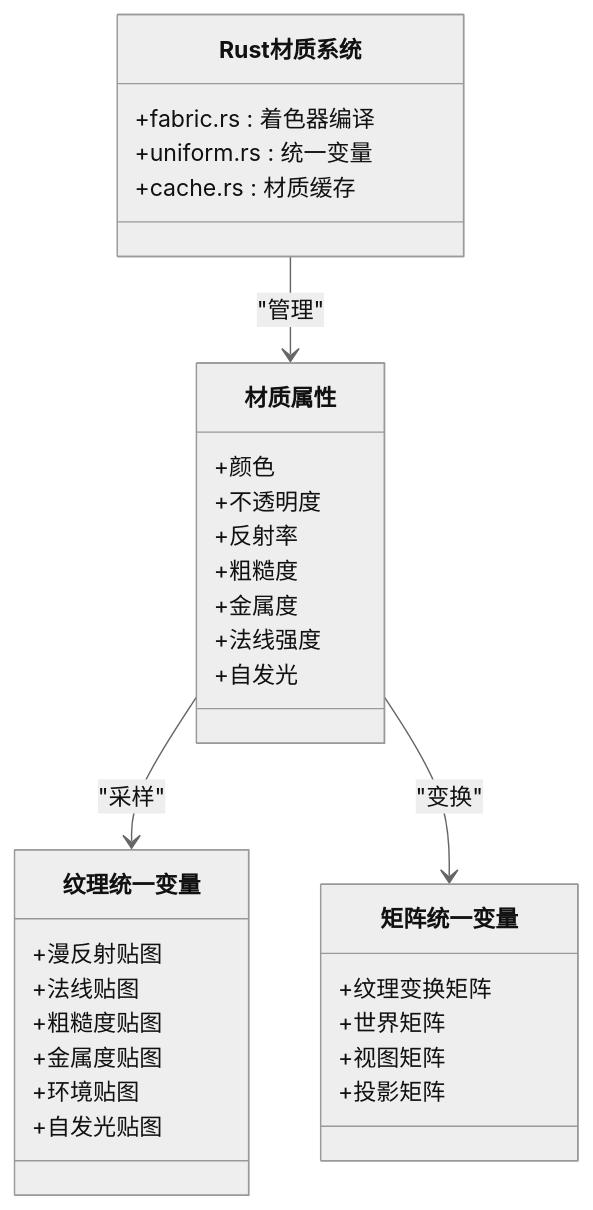
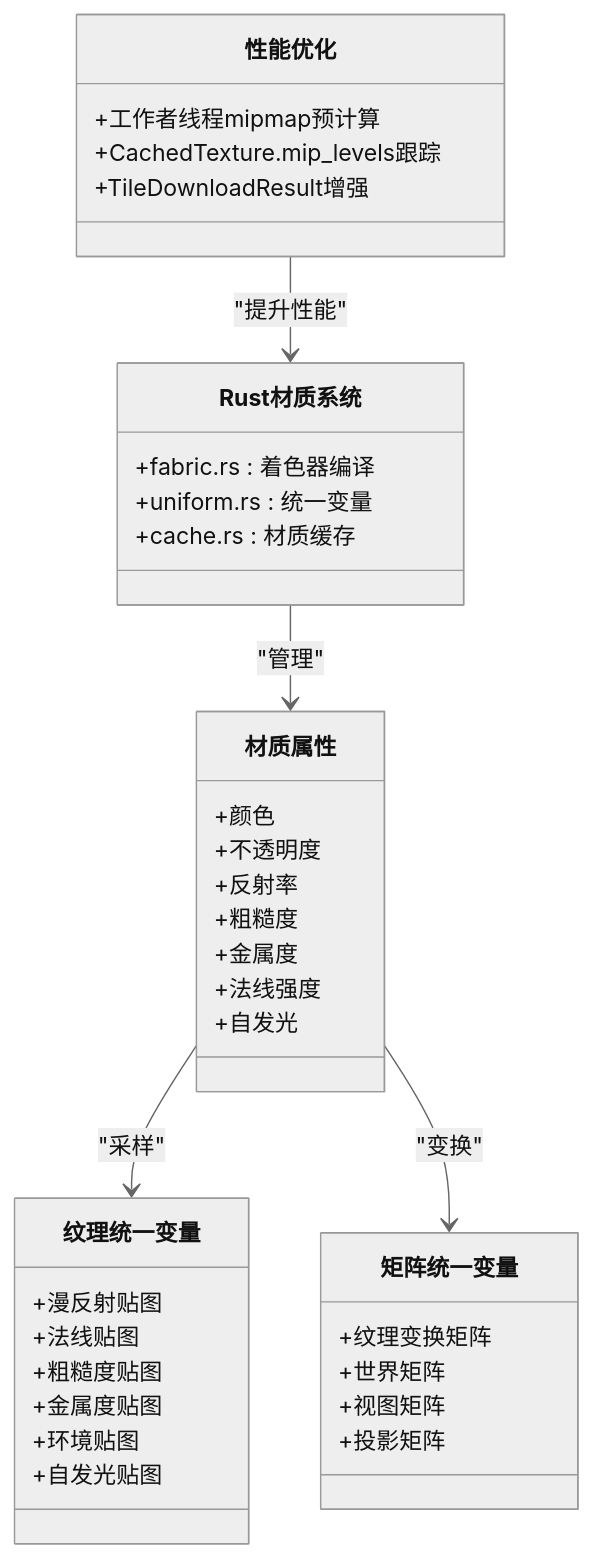
One commit to rzhangjing/cesium changed the third of 11 diagrams in .qoder/repowiki/zh/content/项目概述/核心特性/3D渲染引擎/材质与纹理系统.md. Above: the diagram before and after it, drawn with Mermaid (neutral theme). The commit also changed other lines of this file and 5 other files, not shown here.

````diff
--- a/.qoder/repowiki/zh/content/项目概述/核心特性/3D渲染引擎/材质与纹理系统.md
+++ b/.qoder/repowiki/zh/content/项目概述/核心特性/3D渲染引擎/材质与纹理系统.md
@@ -185,34 +204,40 @@
 ```mermaid
 classDiagram
 class 材质属性 {
 +颜色
 +不透明度
 +反射率
 +粗糙度
 +金属度
 +法线强度
 +自发光
 }
 class 纹理统一变量 {
 +漫反射贴图
 +法线贴图
 +粗糙度贴图
 +金属度贴图
 +环境贴图
 +自发光贴图
 }
 class 矩阵统一变量 {
 +纹理变换矩阵
 +世界矩阵
 +视图矩阵
 +投影矩阵
 }
 class Rust材质系统 {
 +fabric.rs : 着色器编译
 +uniform.rs : 统一变量
 +cache.rs : 材质缓存
 }
+class 性能优化 {
++工作者线程mipmap预计算
++CachedTexture.mip_levels跟踪
++TileDownloadResult增强
+}
 材质属性 --> 纹理统一变量 : "采样"
 材质属性 --> 矩阵统一变量 : "变换"
 Rust材质系统 --> 材质属性 : "管理"
+性能优化 --> Rust材质系统 : "提升性能"
 ```
````
